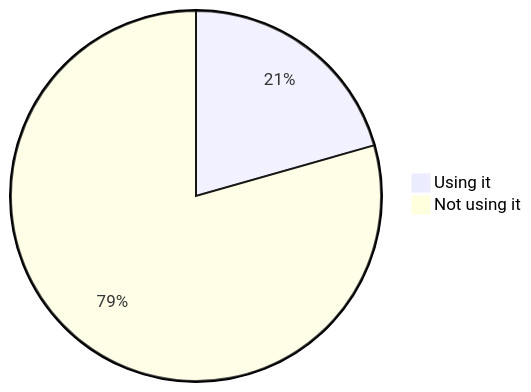
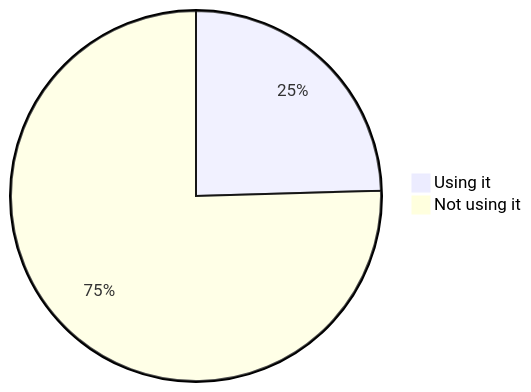
One commit to oshp/oshp-stats changed diagram 15 of 22 in stats.md. Above: the diagram before and after it, drawn with Mermaid. The commit also changed other lines of this file, not shown here.

````diff
--- a/stats.md
+++ b/stats.md
@@ -178,6 +178,6 @@
 ```mermaid
 pie
-	"Using it" : 20.59
-	"Not using it" : 79.41
+	"Using it" : 24.54
+	"Not using it" : 75.46
 
 ```
````
